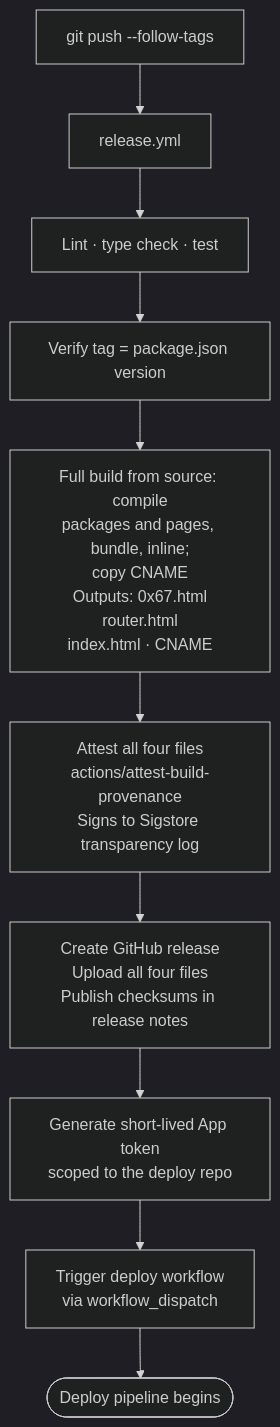
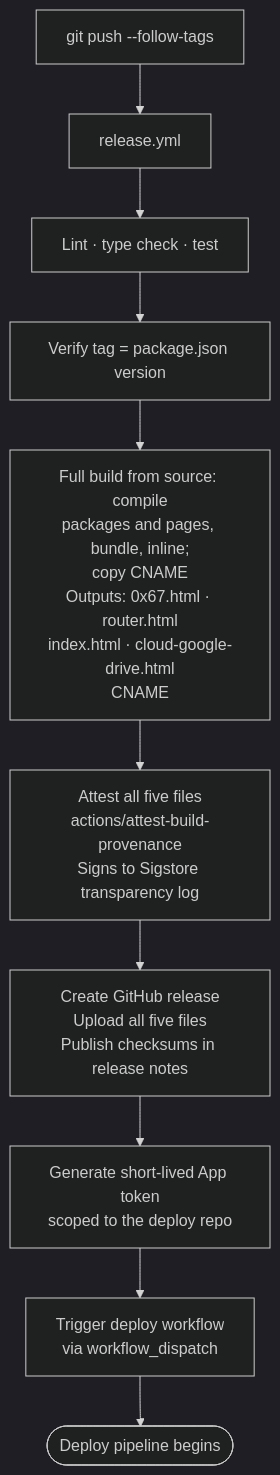
The third of 4 diagrams in docs/PIPELINE.md (keepass-web/source-application), drawn with Mermaid (dark theme) before and after one commit. The commit also changed other lines of this file and 22 other files, not shown here.

````diff
--- a/docs/PIPELINE.md
+++ b/docs/PIPELINE.md
@@ -95,13 +95,13 @@
 ```mermaid
 flowchart TD
     TAG["git push --follow-tags"]
     TAG --> AREL["release.yml"]
     AREL --> CI3["Lint · type check · test"]
     CI3 --> VER2["Verify tag = package.json version"]
-    VER2 --> BUILD["Full build from source: compile\npackages and pages, bundle, inline;\ncopy CNAME\nOutputs: 0x67.html\nrouter.html\nindex.html · CNAME"]
-    BUILD --> ATTEST["Attest all four files\nactions/attest-build-provenance\nSigns to Sigstore transparency log"]
-    ATTEST --> GHREL["Create GitHub release\nUpload all four files\nPublish checksums in release notes"]
+    VER2 --> BUILD["Full build from source: compile\npackages and pages, bundle, inline;\ncopy CNAME\nOutputs: 0x67.html · router.html\nindex.html · cloud-google-drive.html\nCNAME"]
+    BUILD --> ATTEST["Attest all five files\nactions/attest-build-provenance\nSigns to Sigstore transparency log"]
+    ATTEST --> GHREL["Create GitHub release\nUpload all five files\nPublish checksums in release notes"]
     GHREL --> TOKEN["Generate short-lived App token\nscoped to the deploy repo"]
     TOKEN --> TRIG["Trigger deploy workflow\nvia workflow_dispatch"]
     TRIG --> DEPLOY(["Deploy pipeline begins"])
 ```
````
